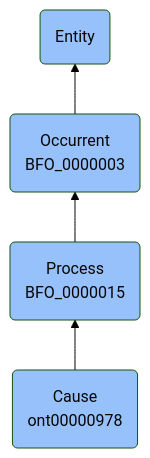
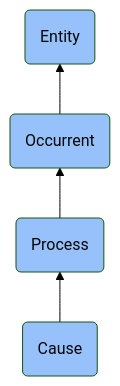
The diagram in docs/ontology/reference/model/Entity/Occurrent/Process/Cause/Cause.md (jupyter-naas/abi), drawn with Mermaid (forest theme) before and after one commit. The commit also changed other lines of this file and 1430 other files, not shown here.

````diff
--- a/docs/ontology/reference/model/Entity/Occurrent/Process/Cause/Cause.md
+++ b/docs/ontology/reference/model/Entity/Occurrent/Process/Cause/Cause.md
@@ -24,11 +24,11 @@
 ```mermaid
 graph BT
-    ont00000978(Cause<br>ont00000978):::BFO-->BFO_0000015
-    BFO_0000015(Process<br>BFO_0000015):::BFO-->BFO_0000003
-    BFO_0000003(Occurrent<br>BFO_0000003):::BFO-->BFO_0000001
+    ont00000978(Cause):::BFO-->BFO_0000015
+    BFO_0000015(Process):::BFO-->BFO_0000003
+    BFO_0000003(Occurrent):::BFO-->BFO_0000001
     BFO_0000001(Entity):::BFO
     
     classDef BFO fill:#97c1fb,color:#060606
     classDef CCO fill:#e4c51e,color:#060606
     classDef ABI fill:#48DD82,color:#060606
 ```
````
